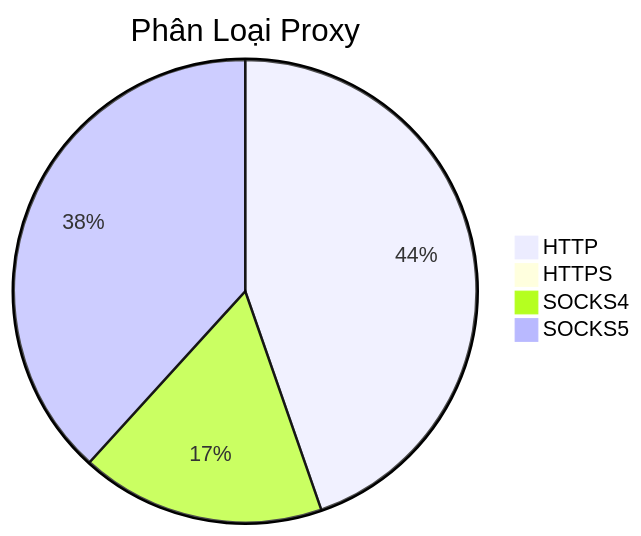
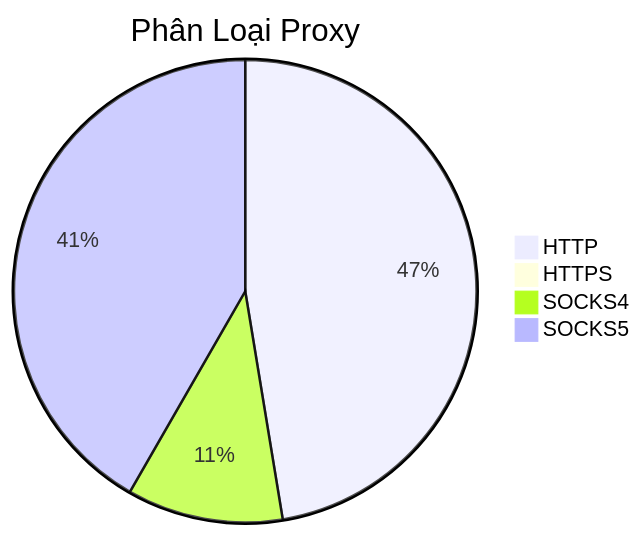
One commit to Ciara-Aa/PROXY-free changed the diagram in README.md. Above: the diagram before and after it, drawn with Mermaid. The commit also changed other lines of this file and 4 other files, not shown here.

````diff
--- a/README.md
+++ b/README.md
@@ -26,7 +26,7 @@
 ```mermaid
 pie title Phân Loại Proxy
-    "HTTP" : 306
+    "HTTP" : 274
     "HTTPS" : 5
-    "SOCKS4" : 117
-    "SOCKS5" : 262
+    "SOCKS4" : 63
+    "SOCKS5" : 241
 ```
````
